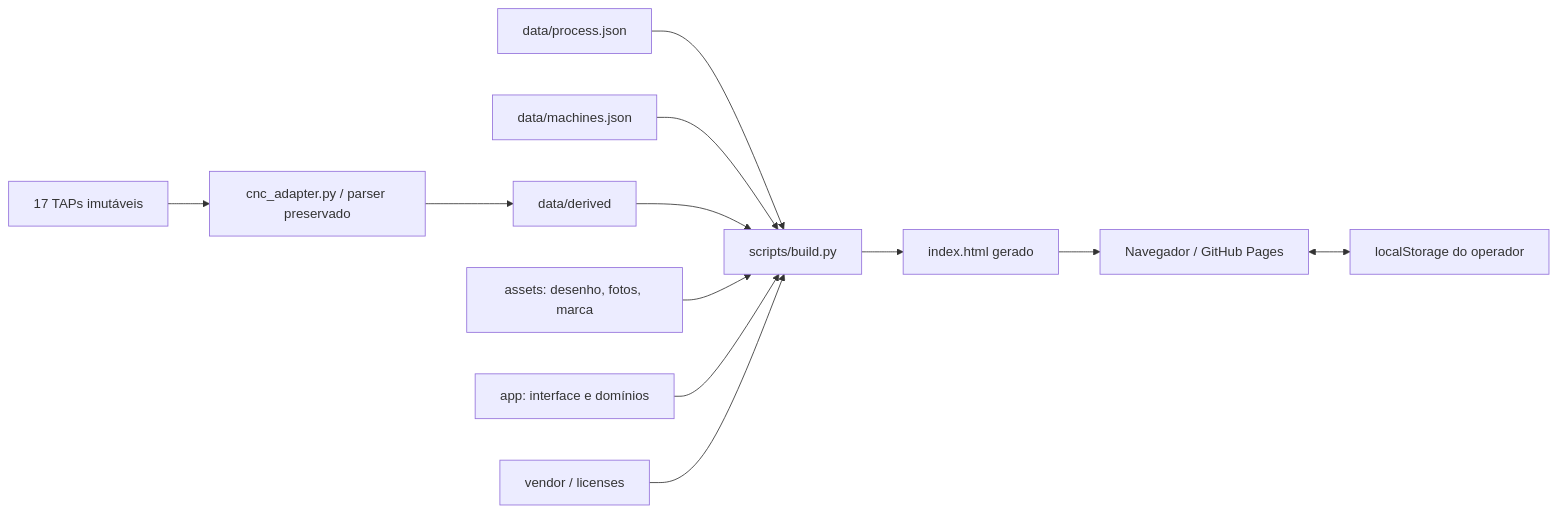
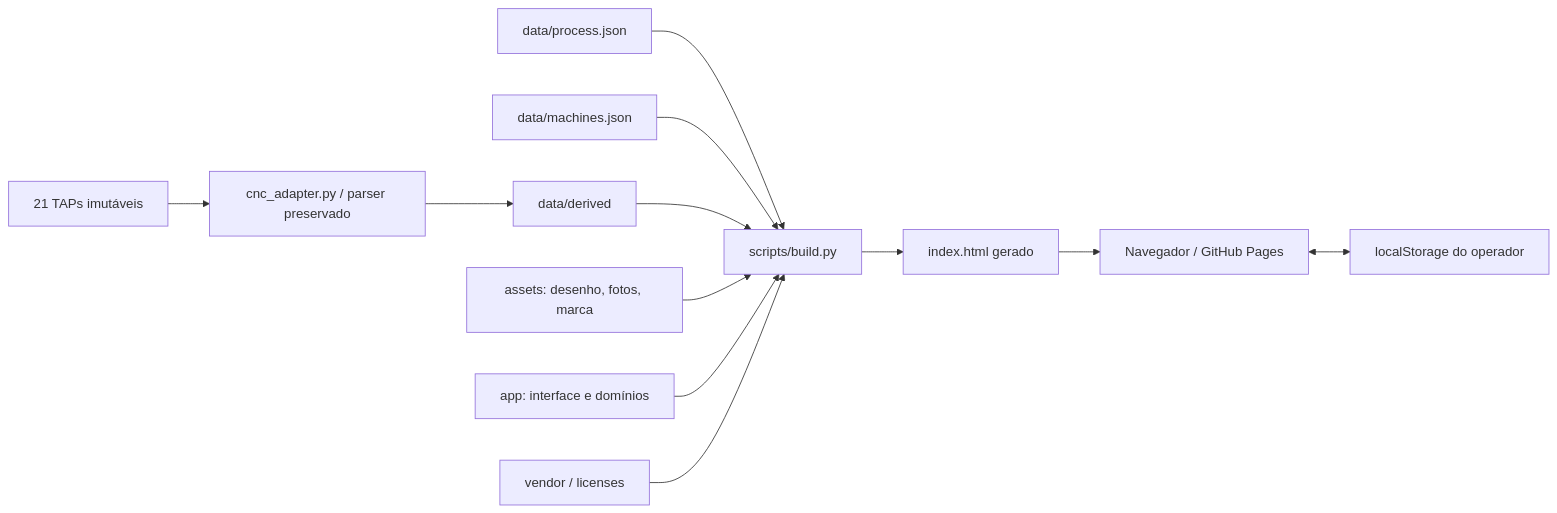
Before and after one commit to gustavodemelomartins-hub/processo-columbia-machine: the diagram in docs/arquitetura.md, drawn with Mermaid. The commit also changed 36 other files, not shown here.

````diff
--- a/docs/arquitetura.md
+++ b/docs/arquitetura.md
@@ -5,14 +5,14 @@
 ```mermaid
 flowchart LR
-  TAP[17 TAPs imutáveis] --> Parser[cnc_adapter.py / parser preservado]
+  TAP[21 TAPs imutáveis] --> Parser[cnc_adapter.py / parser preservado]
   Parser --> Derivados[data/derived]
   Processo[data/process.json] --> Build[scripts/build.py]
   Maquina[data/machines.json] --> Build
   Derivados --> Build
   Assets[assets: desenho, fotos, marca] --> Build
   App[app: interface e domínios] --> Build
   Vendor[vendor / licenses] --> Build
   Build --> HTML[index.html gerado]
   HTML --> Browser[Navegador / GitHub Pages]
   Browser <--> Estado[localStorage do operador]
 ```
````
